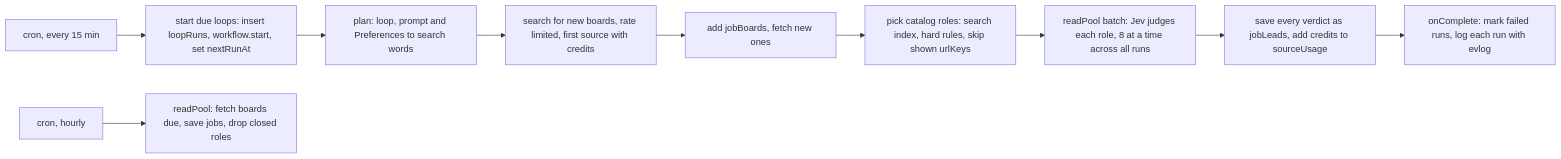
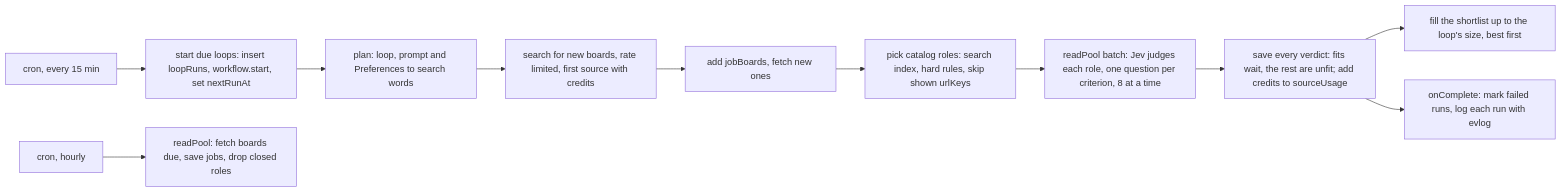
The eighth of 9 diagrams in docs/database-design.md (saranatour1/job-tracking-helper), drawn with Mermaid before and after one commit. The commit also changed other lines of this file and 33 other files, not shown here.

````diff
--- a/docs/database-design.md
+++ b/docs/database-design.md
@@ -451,12 +456,13 @@
 ```mermaid
 flowchart LR
     C[cron, every 15 min] --> D[start due loops: insert loopRuns, workflow.start, set nextRunAt]
     D --> P[plan: loop, prompt and Preferences to search words]
     P --> S[search for new boards, rate limited, first source with credits]
     S --> B[add jobBoards, fetch new ones]
     B --> Q[pick catalog roles: search index, hard rules, skip shown urlKeys]
-    Q --> R[readPool batch: Jev judges each role, 8 at a time across all runs]
-    R --> V[save every verdict as jobLeads, add credits to sourceUsage]
+    Q --> R[readPool batch: Jev judges each role, one question per criterion, 8 at a time]
+    R --> V[save every verdict: fits wait, the rest are unfit; add credits to sourceUsage]
+    V --> L[fill the shortlist up to the loop's size, best first]
     V --> O[onComplete: mark failed runs, log each run with evlog]
     H[cron, hourly] --> F[readPool: fetch boards due, save jobs, drop closed roles]
 ```
````
